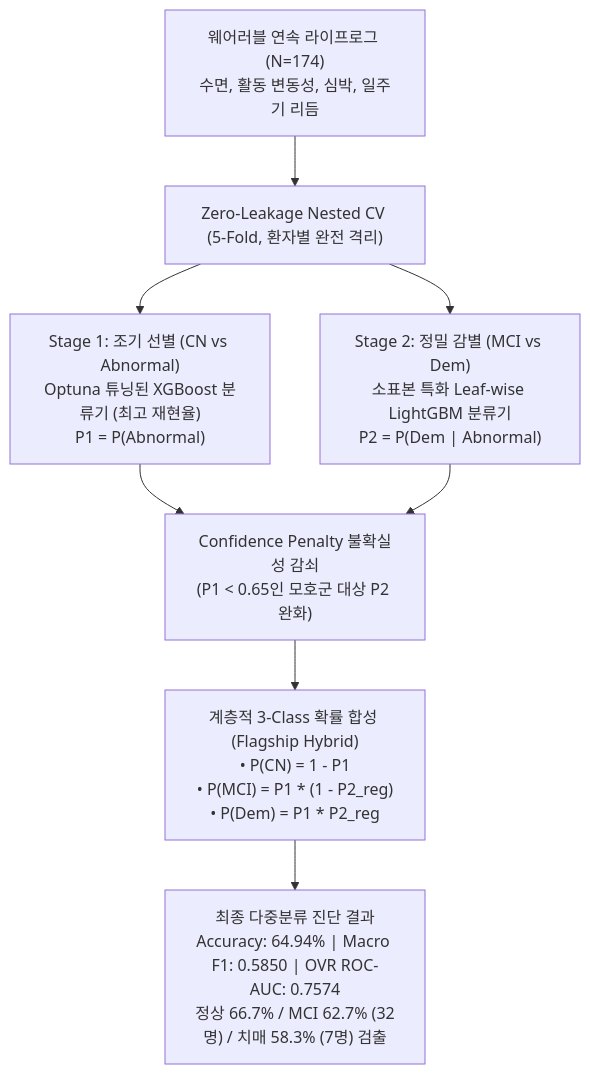
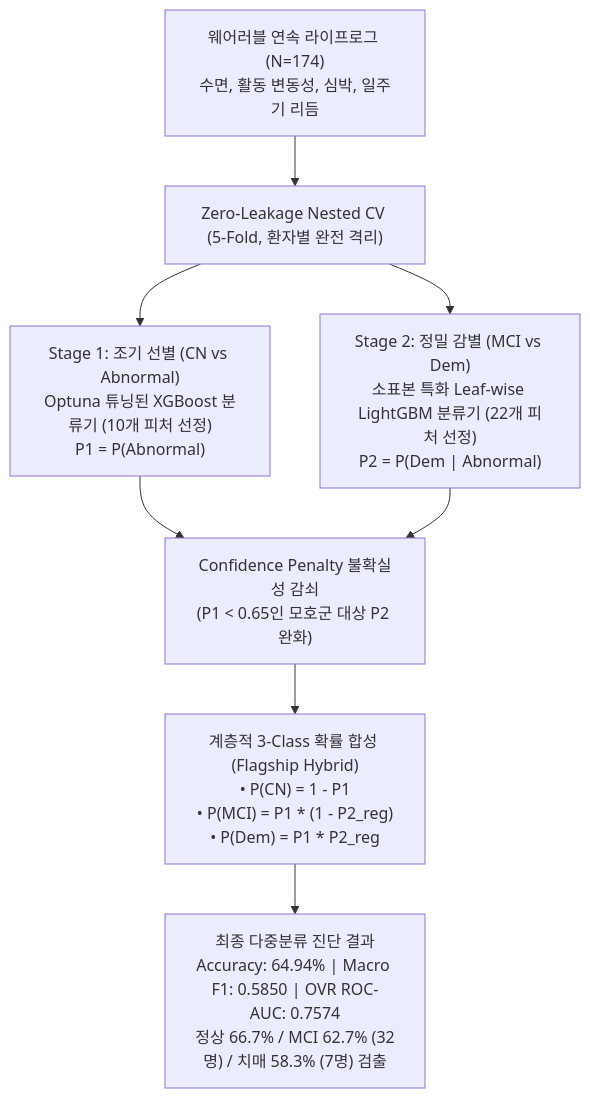
One commit to Pig30nidaE/Google-Ajou-AICapstone changed the first of 2 diagrams in Taehyun/3_class_comparison/README.md. Above: the diagram before and after it, drawn with Mermaid. The commit also changed other lines of this file and 4 other files, not shown here.

````diff
--- a/Taehyun/3_class_comparison/README.md
+++ b/Taehyun/3_class_comparison/README.md
@@ -9,14 +9,14 @@
 ```mermaid
 flowchart TD
     Sensors["웨어러블 연속 라이프로그 (N=174)<br>수면, 활동 변동성, 심박, 일주기 리듬"] --> Split["Zero-Leakage Nested CV (5-Fold, 환자별 완전 격리)"]
     
-    Split --> S1["Stage 1: 조기 선별 (CN vs Abnormal)<br>Optuna 튜닝된 XGBoost 분류기 (최고 재현율)<br>P1 = P(Abnormal)"]
+    Split --> S1["Stage 1: 조기 선별 (CN vs Abnormal)<br>Optuna 튜닝된 XGBoost 분류기 (10개 피처 선정)<br>P1 = P(Abnormal)"]
     
-    Split --> S2["Stage 2: 정밀 감별 (MCI vs Dem)<br>소표본 특화 Leaf-wise LightGBM 분류기<br>P2 = P(Dem | Abnormal)"]
+    Split --> S2["Stage 2: 정밀 감별 (MCI vs Dem)<br>소표본 특화 Leaf-wise LightGBM 분류기 (22개 피처 선정)<br>P2 = P(Dem | Abnormal)"]
     
     S1 & S2 --> Pen["Confidence Penalty 불확실성 감쇠<br>(P1 < 0.65인 모호군 대상 P2 완화)"]
     
     Pen --> Synth["계층적 3-Class 확률 합성 (Flagship Hybrid)<br>• P(CN) = 1 - P1<br>• P(MCI) = P1 * (1 - P2_reg)<br>• P(Dem) = P1 * P2_reg"]
     
     Synth --> Out["최종 다중분류 진단 결과<br>Accuracy: 64.94% | Macro F1: 0.5850 | OVR ROC-AUC: 0.7574<br>정상 66.7% / MCI 62.7% (32명) / 치매 58.3% (7명) 검출"]
 ```
````
